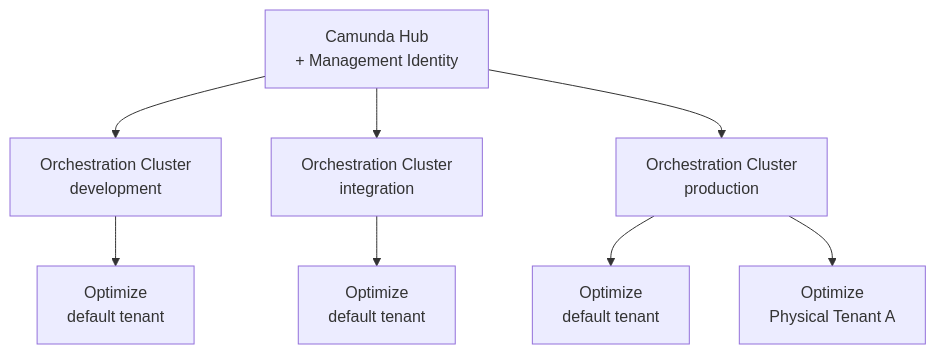
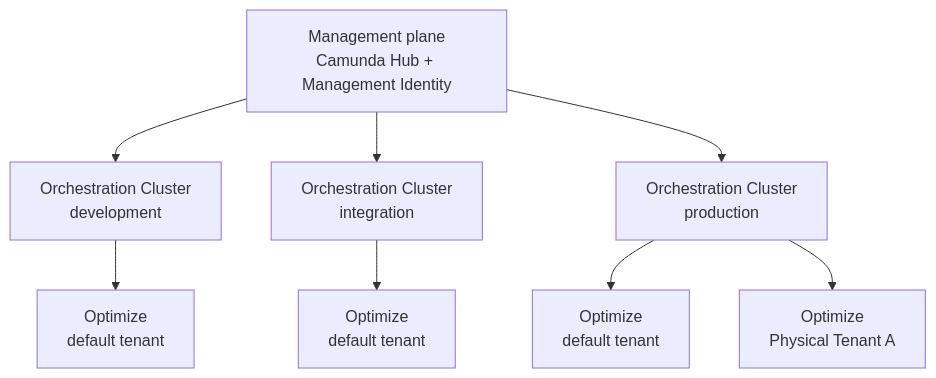
One commit to camunda/camunda-docs changed the diagram in docs/self-managed/reference-architecture/reference-architecture.md. Above: the diagram before and after it, drawn with Mermaid. The commit also changed other lines of this file and 3 other files, not shown here.

Commit message:
docs(self-managed): use management plane terminology in reference architecture

````diff
--- a/docs/self-managed/reference-architecture/reference-architecture.md
+++ b/docs/self-managed/reference-architecture/reference-architecture.md
@@ -42,19 +42,19 @@
 ```mermaid
 graph TD
-    Hub["Camunda Hub<br/>+ Management Identity"]
+    Hub["Management plane<br/>Camunda Hub + Management Identity"]
     OCDev["Orchestration Cluster<br/>development"]
     OCInt["Orchestration Cluster<br/>integration"]
     OCProd["Orchestration Cluster<br/>production"]
     OptDev["Optimize<br/>default tenant"]
     OptInt["Optimize<br/>default tenant"]
     OptProdA["Optimize<br/>default tenant"]
     OptProdB["Optimize<br/>Physical Tenant A"]
 
     Hub --> OCDev
     Hub --> OCInt
     Hub --> OCProd
     OCDev --> OptDev
     OCInt --> OptInt
     OCProd --> OptProdA
     OCProd --> OptProdB
 ```
````
